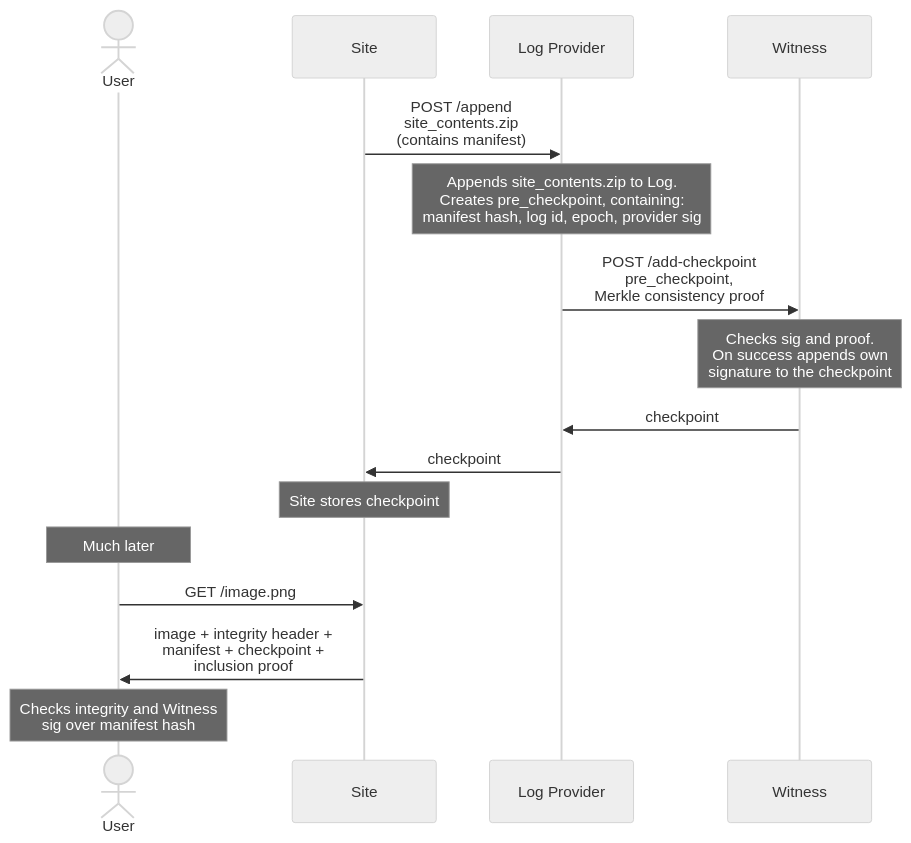
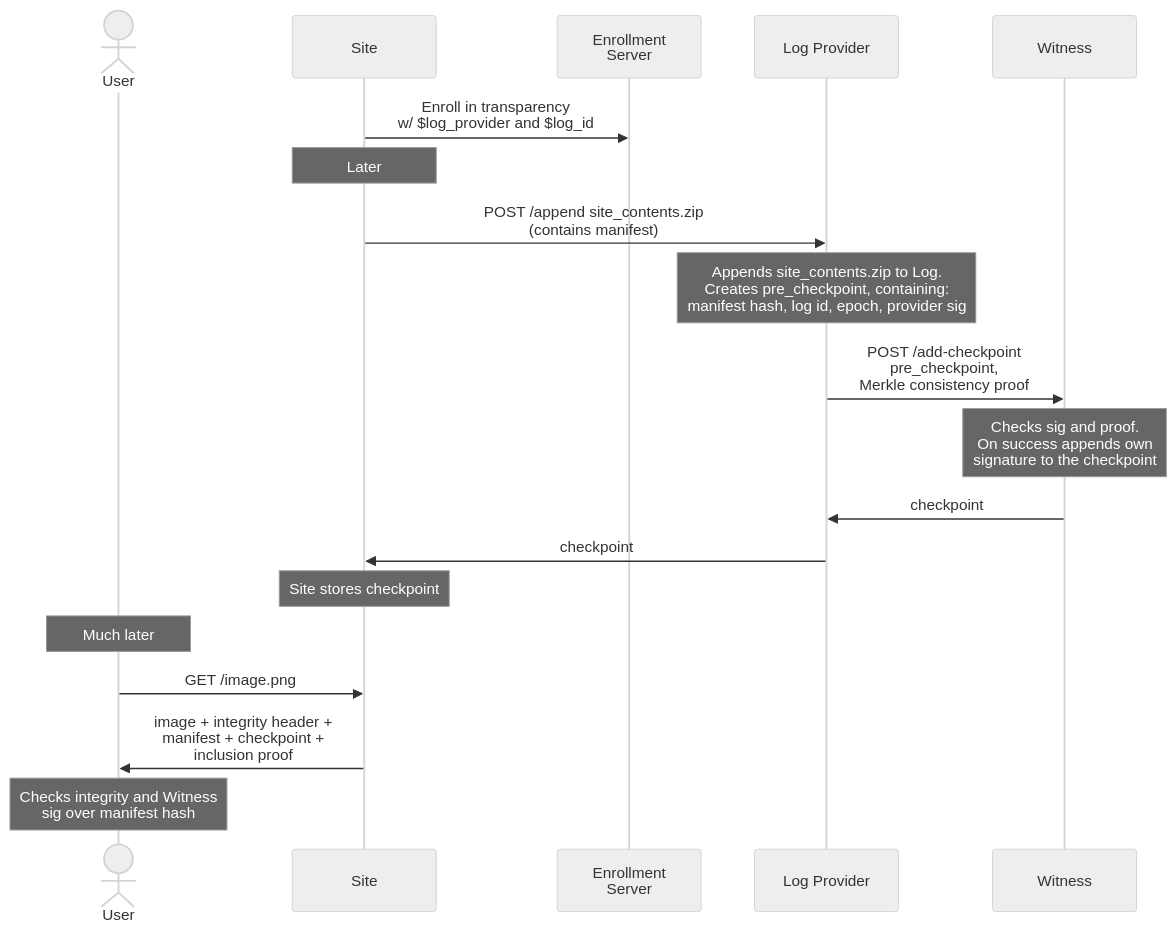
The diagram in draft-waict-transparency.md (rozbb/draft-waict-transparency), drawn with Mermaid (neutral theme) before and after one commit. The commit also changed other lines of this file, not shown here.

Commit message:
Switched from TLS cert-based enrollment to an Enrollment Server system

````diff
--- a/draft-waict-transparency.md
+++ b/draft-waict-transparency.md
@@ -26,18 +27,21 @@
 ```mermaid
 sequenceDiagram
   actor U as User
   participant S as Site
+  participant E as Enrollment<br/>Server
   participant L as Log Provider
   participant W as Witness
-  S->>L: POST /append <br /> site_contents.zip <br /> (contains manifest)
+  S->>E: Enroll in transparency <br/> w/ $log_provider and $log_id
+  note over S: Later
+  S->>L: POST /append  site_contents.zip <br /> (contains manifest)
   note over L: Appends site_contents.zip to Log. <br/> Creates pre_checkpoint, containing: <br/> manifest hash, log id, epoch, provider sig
   L->>W: POST /add-checkpoint <br /> pre_checkpoint, <br/> Merkle consistency proof
   note over W:  Checks sig and proof. <br /> On success appends own <br/>signature to the checkpoint
   W->>L: checkpoint
   L->>S: checkpoint
   note over S: Site stores checkpoint
   note over U: Much later
   U->>S: GET /image.png
   S->>U:image + integrity header + <br /> manifest + checkpoint + <br/> inclusion proof
   note over U: Checks integrity and Witness <br/> sig over manifest hash
 ```
````
